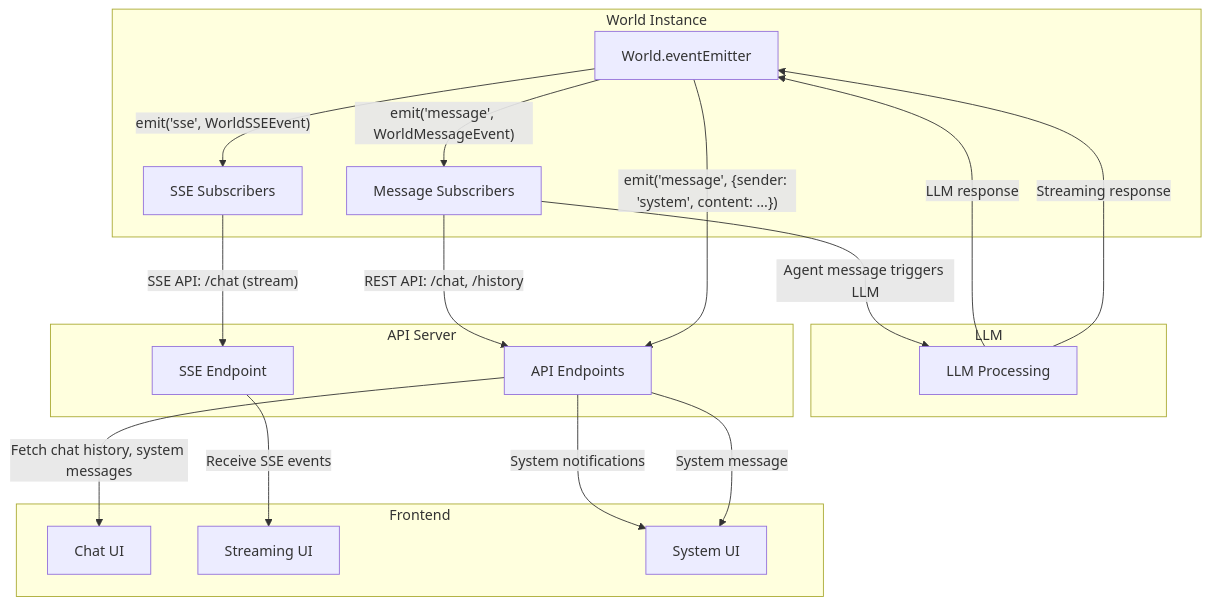
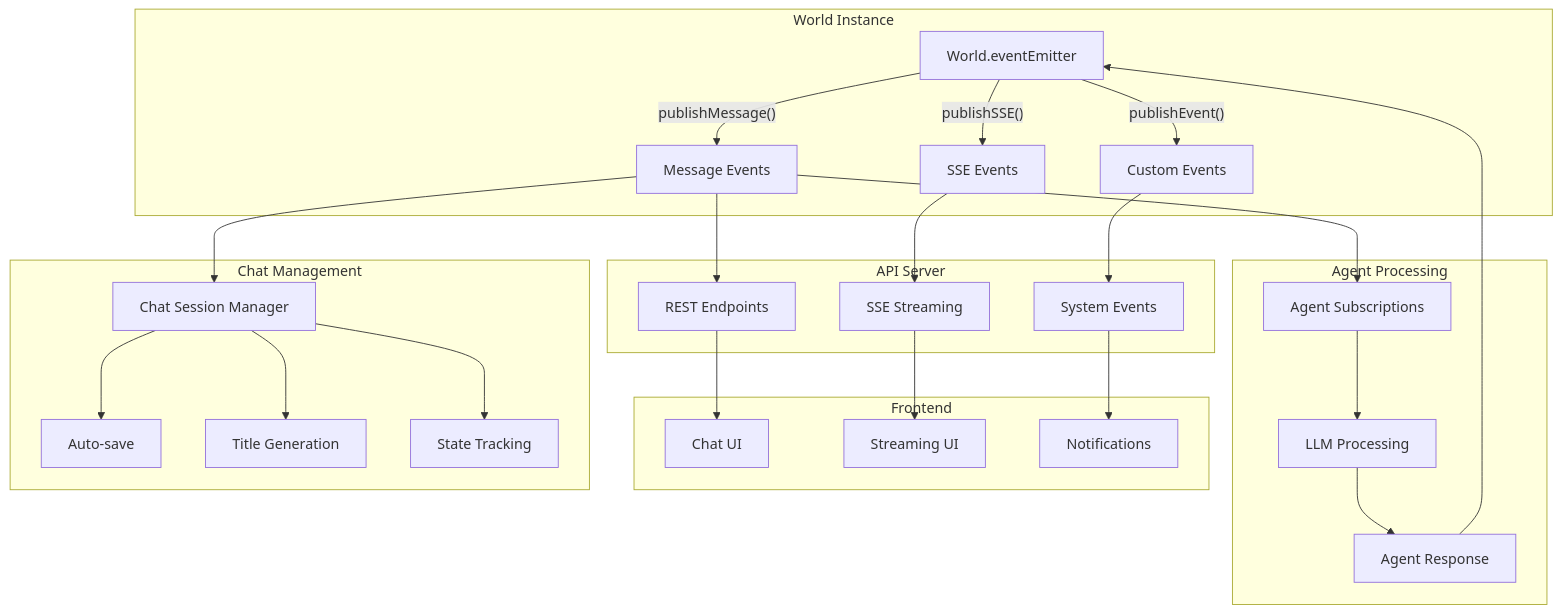
Before and after one commit to yysun/agent-world: the first of 3 diagrams in docs/events-messages-analysis.md, drawn with Mermaid. The commit also changed other lines of this file and 4 other files, not shown here.

Commit message:
Refactor event handling: simplify message and system event processing in SSE client and update world state management

````diff
--- a/docs/events-messages-analysis.md
+++ b/docs/events-messages-analysis.md
@@ -64,29 +179,35 @@
 ```mermaid
 flowchart TD
     subgraph World Instance
-        A[World.eventEmitter]
-        A -- "emit('message', WorldMessageEvent)" --> B[Message Subscribers]
-        A -- "emit('sse', WorldSSEEvent)" --> C[SSE Subscribers]
+        WE[World.eventEmitter]
+        WE -- "publishMessage()" --> ME[Message Events]
+        WE -- "publishSSE()" --> SE[SSE Events] 
+        WE -- "publishEvent()" --> CE[Custom Events]
     end
 
-    subgraph LLM
-        B -- "Agent message triggers LLM" --> D[LLM Processing]
-        D -- "LLM response" --> A
-        D -- "Streaming response" --> A
+    subgraph Agent Processing
+        ME --> AP[Agent Subscriptions]
+        AP --> LLM[LLM Processing]
+        LLM --> AR[Agent Response]
+        AR --> WE
     end
 
     subgraph API Server
-        B -- "REST API: /chat, /history" --> E[API Endpoints]
-        C -- "SSE API: /chat (stream)" --> F[SSE Endpoint]
+        ME --> REST[REST Endpoints]
+        SE --> SSE[SSE Streaming]
+        CE --> SYS[System Events]
     end
 
     subgraph Frontend
-        E -- "Fetch chat history, system messages" --> G[Chat UI]
-        F -- "Receive SSE events" --> H[Streaming UI]
-        E -- "System notifications" --> I[System UI]
+        REST --> UI[Chat UI]
+        SSE --> STREAM[Streaming UI]
+        SYS --> NOTIFY[Notifications]
     end
 
-    %% System message mapping
-    A -- "emit('message', {sender: 'system', content: ...})" --> E
-    E -- "System message" --> I
+    subgraph Chat Management
+        ME --> CHAT[Chat Session Manager]
+        CHAT --> SAVE[Auto-save]
+        CHAT --> TITLE[Title Generation]
+        CHAT --> STATE[State Tracking]
+    end
 ```
````
